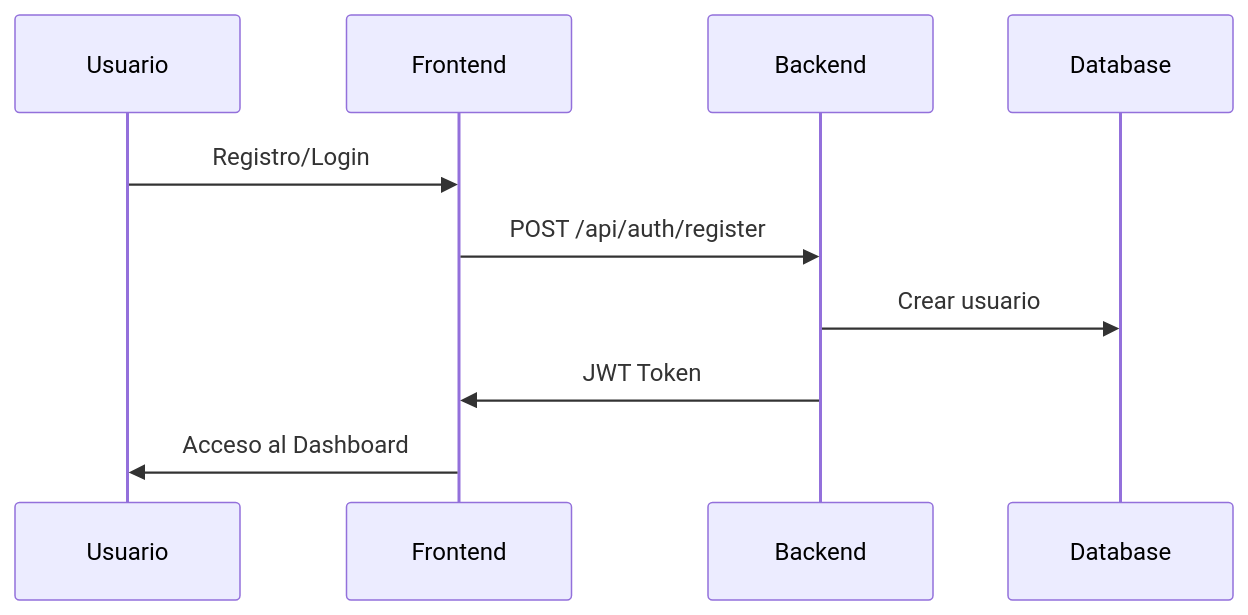
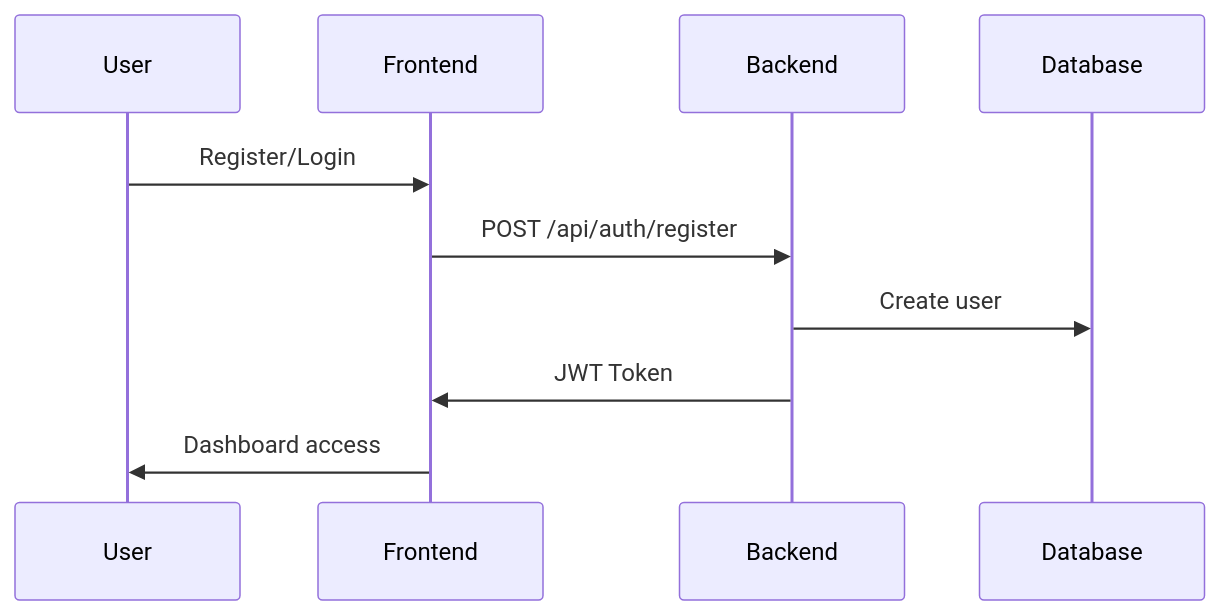
Before and after one commit to Team-Cold-Brew/CrudCloud-Documentation-ColdBrew: the second of 3 diagrams in CrudCloud-Documentation/docs/intro.md, drawn with Mermaid. The commit also changed other lines of this file and 19 other files, not shown here.

````diff
--- a/CrudCloud-Documentation/docs/intro.md
+++ b/CrudCloud-Documentation/docs/intro.md
@@ -82,8 +82,8 @@
 ```mermaid
 sequenceDiagram
-    Usuario->>Frontend: Registro/Login
+    User->>Frontend: Register/Login
     Frontend->>Backend: POST /api/auth/register
-    Backend->>Database: Crear usuario
+    Backend->>Database: Create user
     Backend->>Frontend: JWT Token
-    Frontend->>Usuario: Acceso al Dashboard
+    Frontend->>User: Dashboard access
 ```
````
